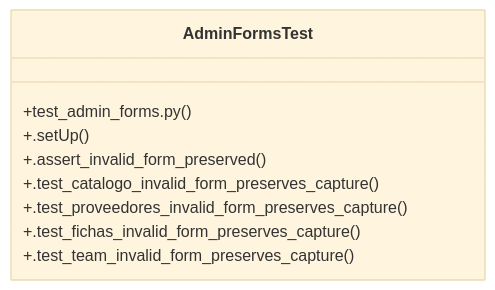
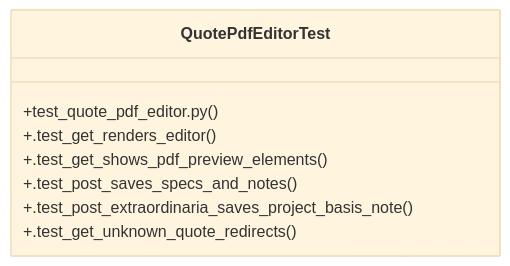
Before and after one commit to Daftrick/ProjectTracker: the diagram in graphify-out/wiki/Community_32.md, drawn with Mermaid (base theme). The commit also changed other lines of this file and 495 other files, not shown here.

````diff
--- a/graphify-out/wiki/Community_32.md
+++ b/graphify-out/wiki/Community_32.md
@@ -18,12 +19,11 @@
 ```mermaid
 classDiagram
-    class AdminFormsTest {
-        +test_admin_forms.py()
-        +.setUp()
-        +.assert_invalid_form_preserved()
-        +.test_catalogo_invalid_form_preserves_capture()
-        +.test_proveedores_invalid_form_preserves_capture()
-        +.test_fichas_invalid_form_preserves_capture()
-        +.test_team_invalid_form_preserves_capture()
+    class QuotePdfEditorTest {
+        +test_quote_pdf_editor.py()
+        +.test_get_renders_editor()
+        +.test_get_shows_pdf_preview_elements()
+        +.test_post_saves_specs_and_notes()
+        +.test_post_extraordinaria_saves_project_basis_note()
+        +.test_get_unknown_quote_redirects()
     }
 ```
````
